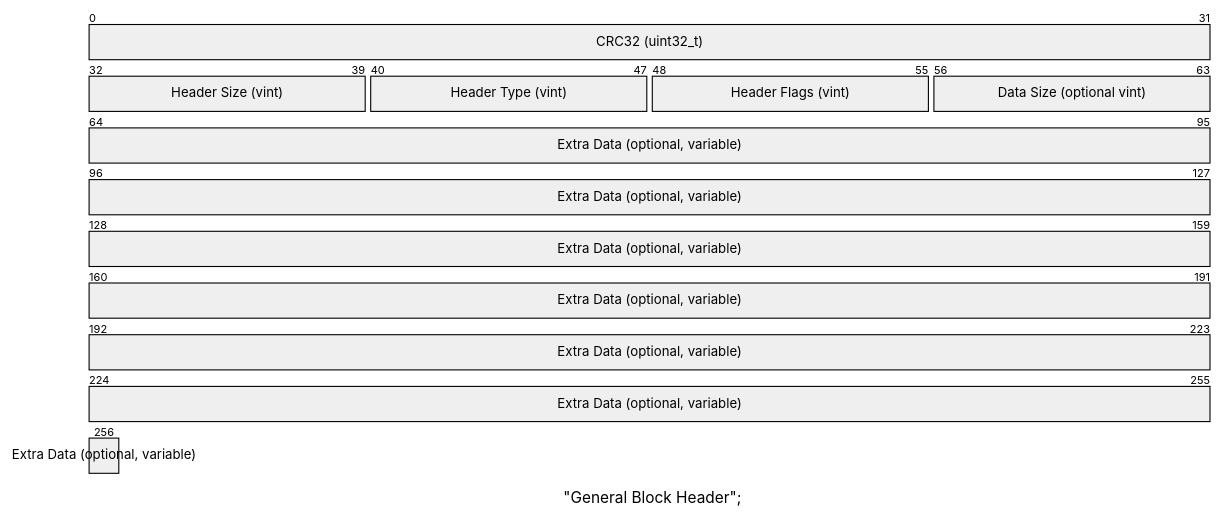
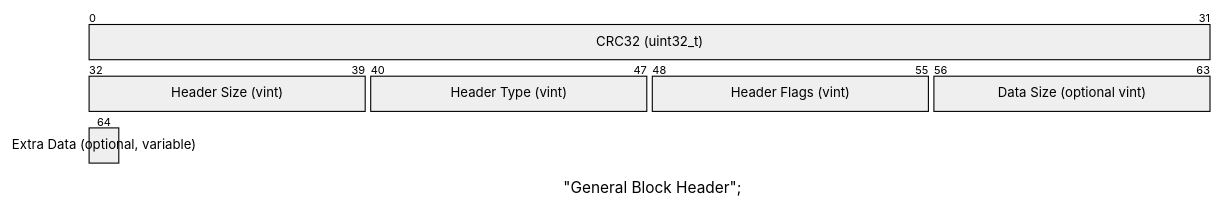
One commit to drusifer/RustyRar changed the second of 3 diagrams in specs.md. Above: the diagram before and after it, drawn with Mermaid. The commit also changed other lines of this file and 35 other files, not shown here.

````diff
--- a/specs.md
+++ b/specs.md
@@ -36,10 +36,10 @@
 ```mermaid
 packet-beta
     title "General Block Header";
     0-31: "CRC32 (uint32_t)"
     32-39: "Header Size (vint)"
     40-47: "Header Type (vint)"
     48-55: "Header Flags (vint)"
     56-63: "Data Size (optional vint)"
-    64-256: "Extra Data (optional, variable)"
+    64: "Extra Data (optional, variable)"
 ```
````
